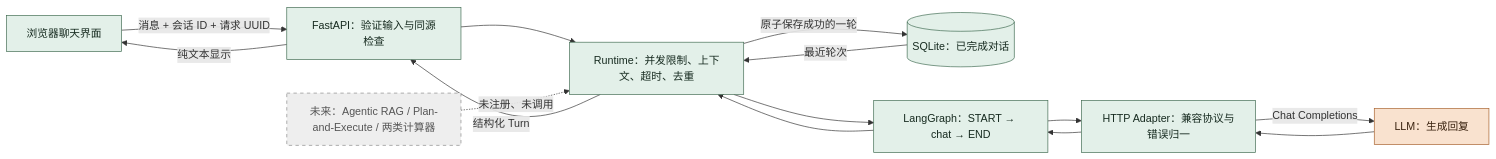
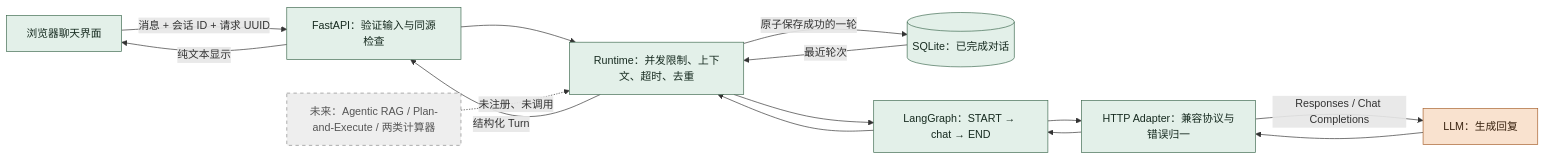
Before and after one commit to Dokivot/rust-coach-v3: the diagram in docs/scaffold.md, drawn with Mermaid. The commit also changed other lines of this file and 6 other files, not shown here.

````diff
--- a/docs/scaffold.md
+++ b/docs/scaffold.md
@@ -7,20 +7,20 @@
 ```mermaid
 flowchart LR
   UI[浏览器聊天界面] -->|消息 + 会话 ID + 请求 UUID| API[FastAPI：验证输入与同源检查]
   API --> RT[Runtime：并发限制、上下文、超时、去重]
   DB[(SQLite：已完成对话)] -->|最近轮次| RT
   RT --> GRAPH[LangGraph：START → chat → END]
   GRAPH --> ADAPTER[HTTP Adapter：兼容协议与错误归一]
-  ADAPTER -->|Chat Completions| MODEL[LLM：生成回复]
+  ADAPTER -->|Responses / Chat Completions| MODEL[LLM：生成回复]
   MODEL --> ADAPTER --> GRAPH --> RT
   RT -->|原子保存成功的一轮| DB
   RT -->|结构化 Turn| API -->|纯文本显示| UI
   FUTURE[未来：Agentic RAG / Plan-and-Execute / 两类计算器]
   FUTURE -. 未注册、未调用 .-> RT
   classDef deterministic fill:#e3f0e9,stroke:#406b51,color:#172b20
   classDef generative fill:#f9e2cf,stroke:#a7612d,color:#39220f
   classDef deferred fill:#eee,stroke:#888,color:#555,stroke-dasharray:5 5
   class UI,API,RT,DB,GRAPH,ADAPTER deterministic
   class MODEL generative
   class FUTURE deferred
 ```
````
